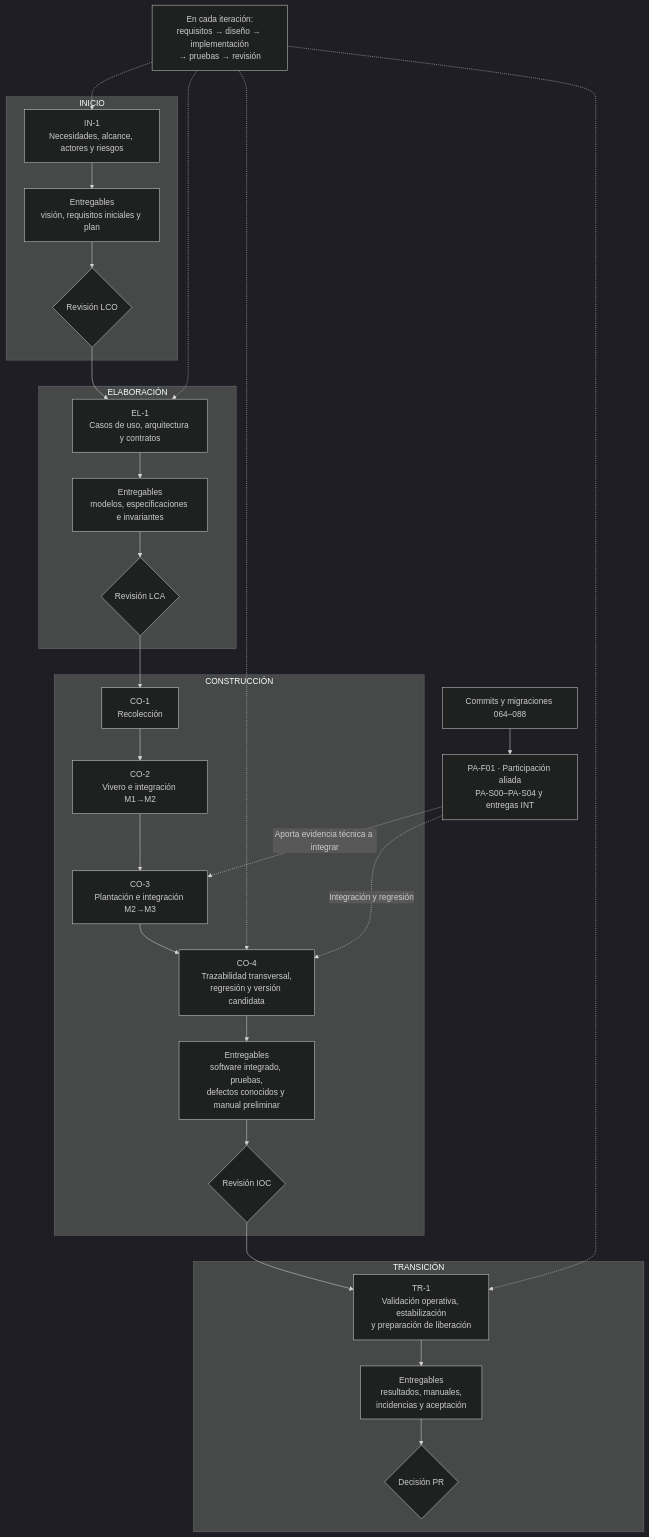
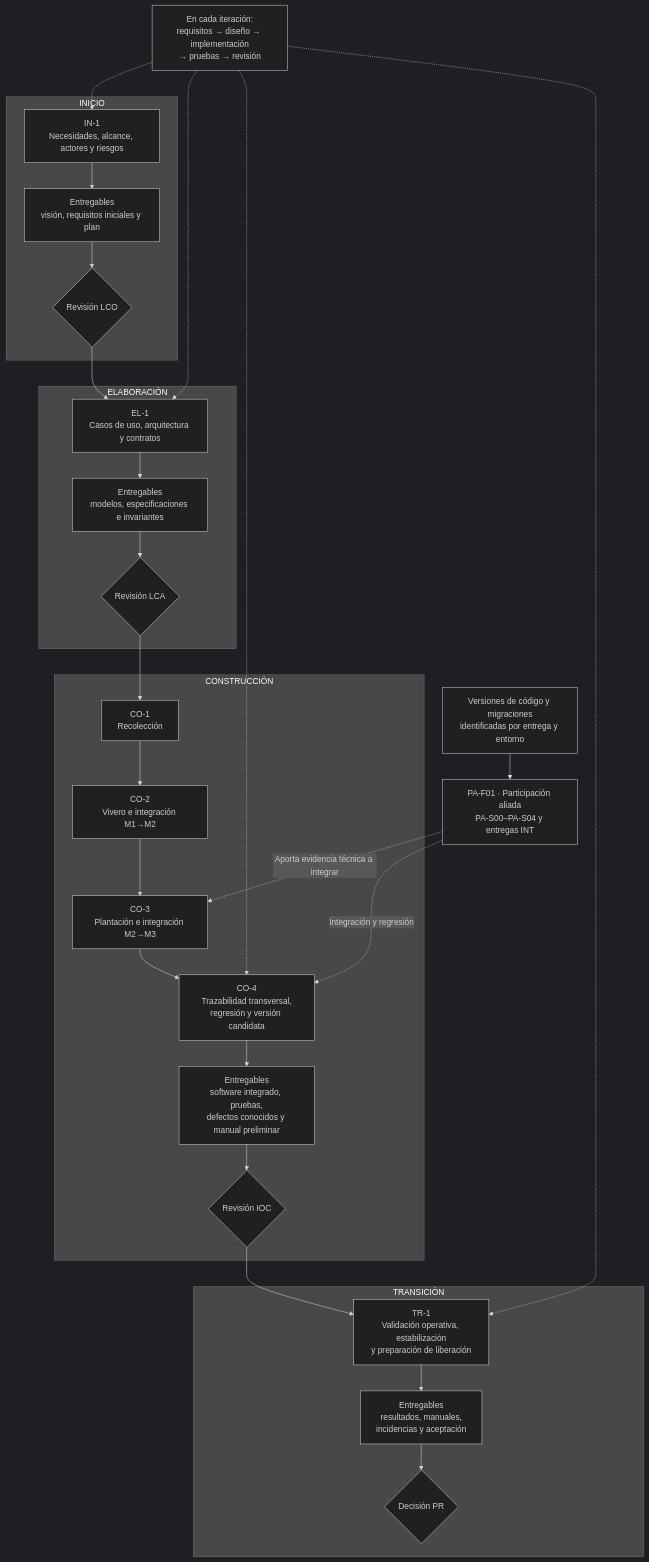
Before and after one commit to R3foresta/r3foresta-docs: the diagram in documentacion-grado/06_entregables/proyecto_grado/03_capitulo_marco_aplicativo.md, drawn with Mermaid (dark theme). The commit also changed other lines of this file and 672 other files, not shown here.

````diff
--- a/documentacion-grado/06_entregables/proyecto_grado/03_capitulo_marco_aplicativo.md
+++ b/documentacion-grado/06_entregables/proyecto_grado/03_capitulo_marco_aplicativo.md
@@ -70,50 +72,50 @@
 ```mermaid
 flowchart TB
     subgraph I["INICIO"]
         IN1["IN-1<br/>Necesidades, alcance, actores y riesgos"]
         EI["Entregables<br/>visión, requisitos iniciales y plan"]
         LCO{"Revisión LCO"}
         IN1 --> EI --> LCO
     end
 
     subgraph E["ELABORACIÓN"]
         EL1["EL-1<br/>Casos de uso, arquitectura y contratos"]
         EE["Entregables<br/>modelos, especificaciones e invariantes"]
         LCA{"Revisión LCA"}
         EL1 --> EE --> LCA
     end
 
     subgraph C["CONSTRUCCIÓN"]
         CO1["CO-1<br/>Recolección"]
         CO2["CO-2<br/>Vivero e integración M1→M2"]
         CO3["CO-3<br/>Plantación e integración M2→M3"]
         CO4["CO-4<br/>Trazabilidad transversal,<br/>regresión y versión candidata"]
         EC["Entregables<br/>software integrado, pruebas,<br/>defectos conocidos y manual preliminar"]
         IOC{"Revisión IOC"}
         CO1 --> CO2 --> CO3 --> CO4 --> EC --> IOC
     end
 
     subgraph T["TRANSICIÓN"]
         TR1["TR-1<br/>Validación operativa, estabilización<br/>y preparación de liberación"]
         ET["Entregables<br/>resultados, manuales,<br/>incidencias y aceptación"]
         PR{"Decisión PR"}
         TR1 --> ET --> PR
     end
 
     LCO --> EL1
     LCA --> CO1
     IOC --> TR1
 
     PA["PA-F01 · Participación aliada<br/>PA-S00–PA-S04 y entregas INT"]
     PA -.->|"Aporta evidencia técnica a integrar"| CO3
     PA -.->|"Integración y regresión"| CO4
 
-    CAM["Commits y migraciones 064–088"]
+    CAM["Versiones de código y migraciones<br/>identificadas por entrega y entorno"]
     CAM --> PA
 
     REV["En cada iteración:<br/>requisitos → diseño → implementación<br/>→ pruebas → revisión"]
     REV -.-> IN1
     REV -.-> EL1
     REV -.-> CO4
     REV -.-> TR1
 ```
````
